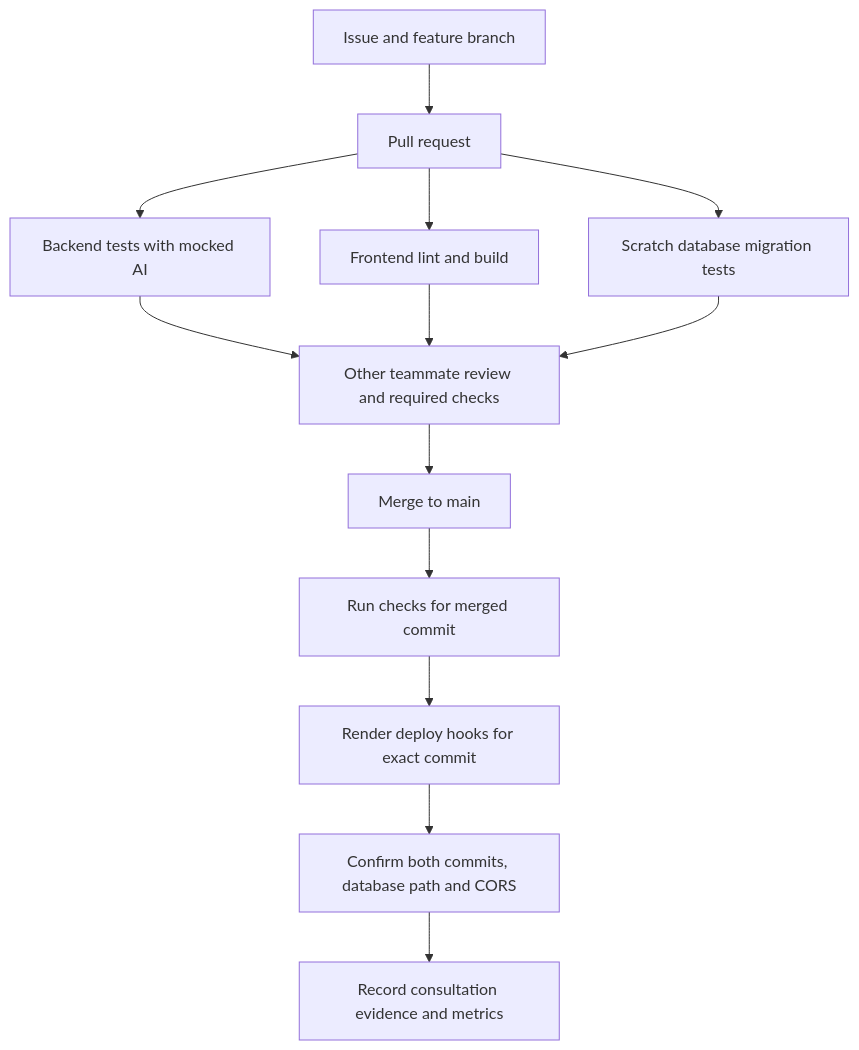
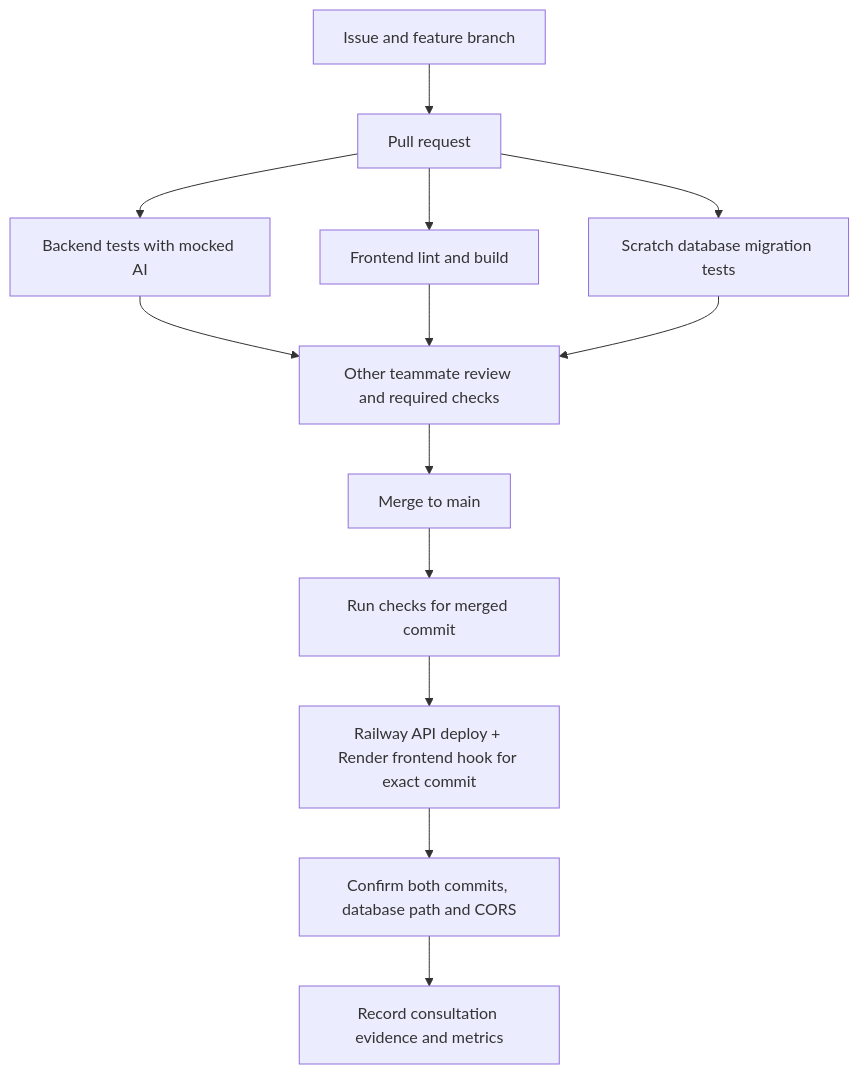
Before and after one commit to Ikeee-AI/TekaTech: the diagram in PIPELINE.md, drawn with Mermaid. The commit also changed other lines of this file and 18 other files, not shown here.

First line of the commit message:
S5-IK: Move the backend API to Railway (cutover done 12 Nov) — CI/rollback deploy, /version APP_COMMIT, docs (#250)

````diff
--- a/PIPELINE.md
+++ b/PIPELINE.md
@@ -18,15 +18,15 @@
 ```mermaid
 flowchart TD
   A[Issue and feature branch] --> B[Pull request]
   B --> C[Backend tests with mocked AI]
   B --> D[Frontend lint and build]
   B --> E[Scratch database migration tests]
   C --> F[Other teammate review and required checks]
   D --> F
   E --> F
   F --> G[Merge to main]
   G --> H[Run checks for merged commit]
-  H --> I[Render deploy hooks for exact commit]
+  H --> I[Railway API deploy + Render frontend hook for exact commit]
   I --> J[Confirm both commits, database path and CORS]
   J --> K[Record consultation evidence and metrics]
 ```
````
